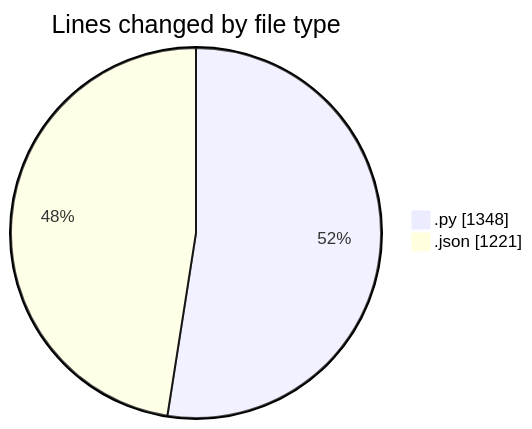
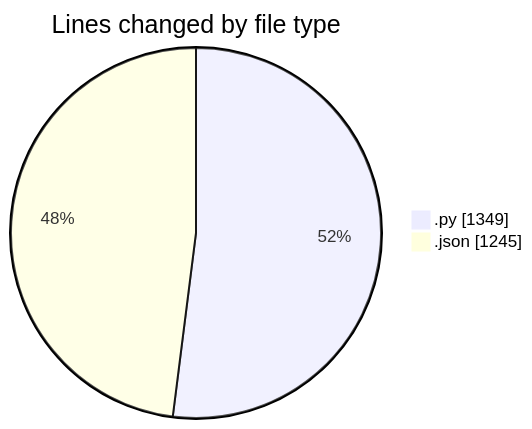
The first of 2 diagrams in 2025-07-28/refunds/README.md (EIIisD/code-tracking), drawn with Mermaid before and after one commit. The commit also changed other lines of this file and 1 other file, not shown here.

````diff
--- a/2025-07-28/refunds/README.md
+++ b/2025-07-28/refunds/README.md
@@ -22,6 +22,6 @@
 ```mermaid
 pie showData
 title Lines changed by file type
-".py" : 1348
-".json" : 1221
+".py" : 1349
+".json" : 1245
 ```
````
